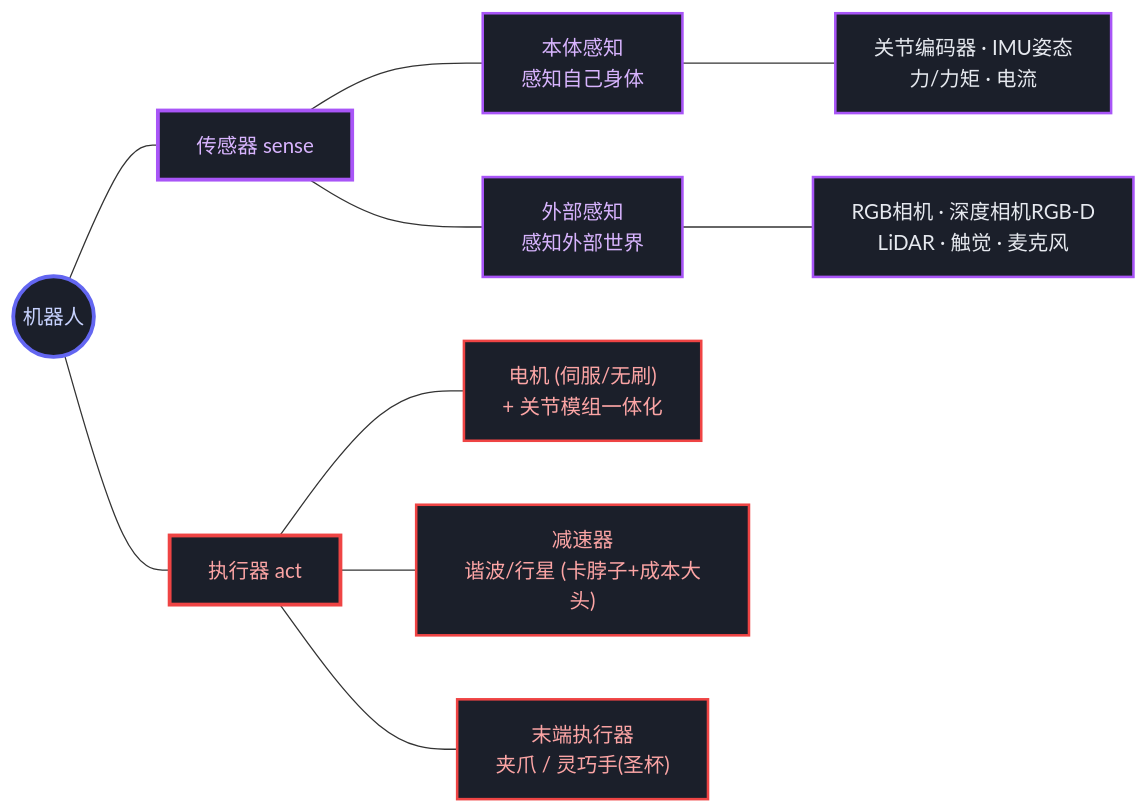
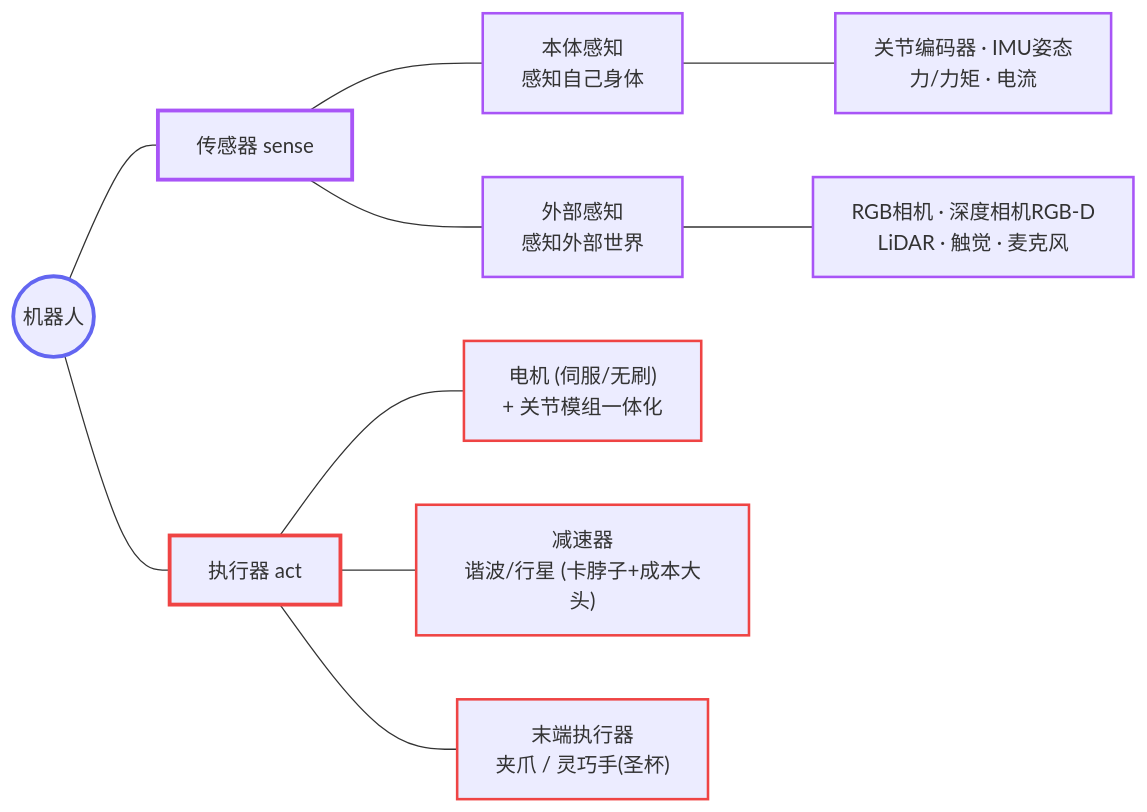
The third of 4 diagrams in 02-机器人系统构造.md (Fengur/robotics-learning), drawn with Mermaid before and after one commit. The commit also changed other lines of this file, not shown here.

Commit message:
02:图配色只留stroke边框色,fill/文字色交给mermaid theme;修亮色模式全黑不可读

````diff
--- a/02-机器人系统构造.md
+++ b/02-机器人系统构造.md
@@ -182,29 +180,27 @@
 ```mermaid
 flowchart LR
     ROBOT(("机器人"))
 
     ROBOT --- S["传感器 sense"]
     ROBOT --- A["执行器 act"]
 
     S --- SP["本体感知<br/>感知自己身体"]
     S --- SE["外部感知<br/>感知外部世界"]
     SP --- SP1["关节编码器 · IMU姿态<br/>力/力矩 · 电流"]
     SE --- SE1["RGB相机 · 深度相机RGB-D<br/>LiDAR · 触觉 · 麦克风"]
 
     A --- A1["电机 (伺服/无刷)<br/>+ 关节模组一体化"]
     A --- A2["减速器<br/>谐波/行星 (卡脖子+成本大头)"]
     A --- A3["末端执行器<br/>夹爪 / 灵巧手(圣杯)"]
 
-    classDef base fill:#1b1f2a,color:#e6e9ef,stroke-width:2px;
-    class SP1,SE1 base;
-    style ROBOT fill:#1b1f2a,stroke:#6366f1,stroke-width:3px,color:#c7d2fe;
-    style S fill:#1b1f2a,stroke:#a855f7,stroke-width:3px,color:#d8b4fe;
-    style A fill:#1b1f2a,stroke:#ef4444,stroke-width:3px,color:#fca5a5;
-    style SP fill:#1b1f2a,stroke:#a855f7,stroke-width:2px,color:#d8b4fe;
-    style SE fill:#1b1f2a,stroke:#a855f7,stroke-width:2px,color:#d8b4fe;
+    style ROBOT stroke:#6366f1,stroke-width:3px;
+    style S stroke:#a855f7,stroke-width:3px;
+    style A stroke:#ef4444,stroke-width:3px;
+    style SP stroke:#a855f7,stroke-width:2px;
+    style SE stroke:#a855f7,stroke-width:2px;
     style SP1 stroke:#a855f7,stroke-width:2px;
     style SE1 stroke:#a855f7,stroke-width:2px;
-    style A1 fill:#1b1f2a,stroke:#ef4444,stroke-width:2px,color:#fca5a5;
-    style A2 fill:#1b1f2a,stroke:#ef4444,stroke-width:2px,color:#fca5a5;
-    style A3 fill:#1b1f2a,stroke:#ef4444,stroke-width:2px,color:#fca5a5;
+    style A1 stroke:#ef4444,stroke-width:2px;
+    style A2 stroke:#ef4444,stroke-width:2px;
+    style A3 stroke:#ef4444,stroke-width:2px;
 ```
````
